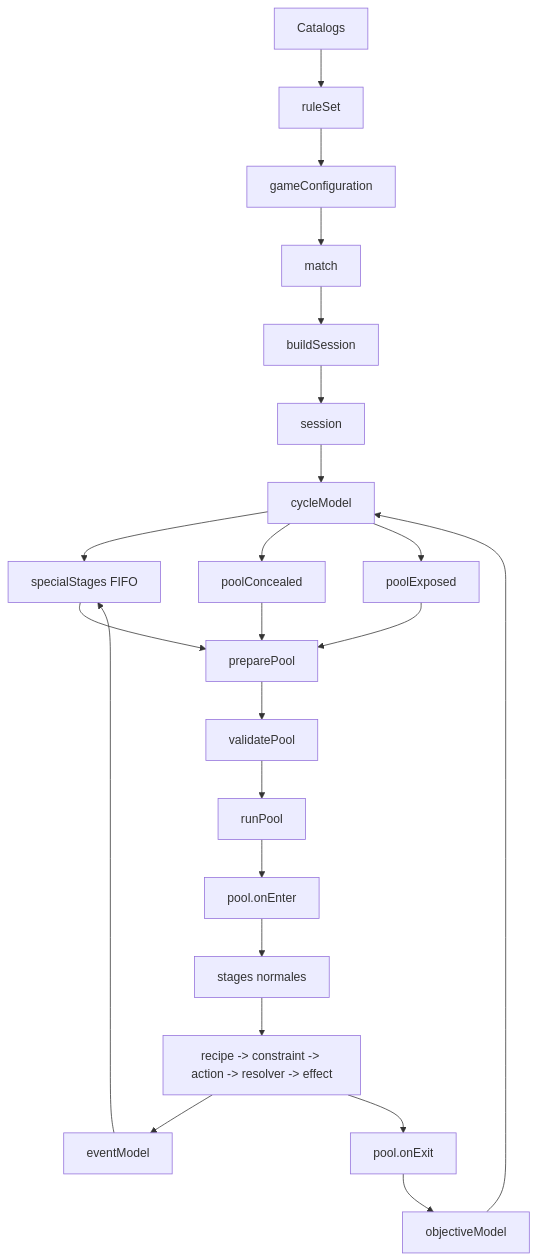
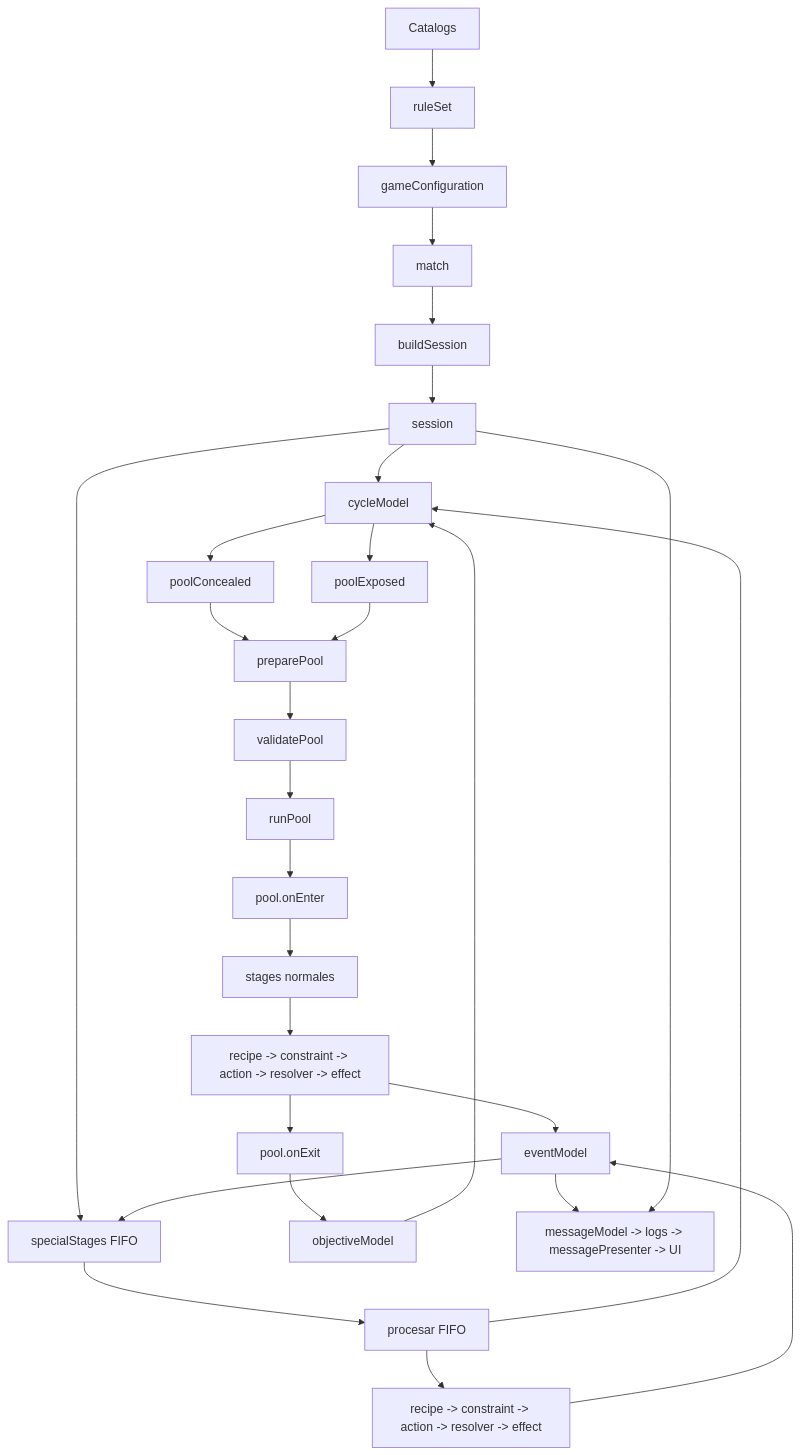
Before and after one commit to juanramonmorandeira/castronegro-director: the diagram in docs/domain_architecture.md, drawn with Mermaid. The commit also changed other lines of this file and 63 other files, not shown here.

````diff
--- a/docs/domain_architecture.md
+++ b/docs/domain_architecture.md
@@ -20,45 +20,53 @@
 ```mermaid
 flowchart TD
   CATALOGS["Catalogs"]
   RULESET["ruleSet"]
   CONFIG["gameConfiguration"]
   MATCH["match"]
   BUILD["buildSession"]
   SESSION["session"]
   CYCLE["cycleModel"]
   SPECIAL["specialStages FIFO"]
   CONCEALED["poolConcealed"]
   EXPOSED["poolExposed"]
   PREPARE["preparePool"]
   VALIDATE["validatePool"]
   RUN["runPool"]
   ENTER["pool.onEnter"]
   STAGES["stages normales"]
   EXIT["pool.onExit"]
-  PIPELINE["recipe -> constraint -> action -> resolver -> effect"]
+  SPECIAL_RUN["procesar FIFO"]
+  NORMAL_PIPELINE["recipe -> constraint -> action -> resolver -> effect"]
+  SPECIAL_PIPELINE["recipe -> constraint -> action -> resolver -> effect"]
   EVENTS["eventModel"]
   OBJECTIVES["objectiveModel"]
+  MESSAGES["messageModel -> logs -> messagePresenter -> UI"]
 
   CATALOGS --> RULESET
   RULESET --> CONFIG
   CONFIG --> MATCH
   MATCH --> BUILD
   BUILD --> SESSION
   SESSION --> CYCLE
-  CYCLE --> SPECIAL
+  SESSION --> SPECIAL
   CYCLE --> CONCEALED
   CYCLE --> EXPOSED
-  SPECIAL --> PREPARE
   CONCEALED --> PREPARE
   EXPOSED --> PREPARE
   PREPARE --> VALIDATE
   VALIDATE --> RUN
   RUN --> ENTER
   ENTER --> STAGES
-  STAGES --> PIPELINE
-  PIPELINE --> EVENTS
+  STAGES --> NORMAL_PIPELINE
+  NORMAL_PIPELINE --> EVENTS
   EVENTS --> SPECIAL
-  PIPELINE --> EXIT
+  EVENTS --> MESSAGES
+  SPECIAL --> SPECIAL_RUN
+  SPECIAL_RUN --> SPECIAL_PIPELINE
+  SPECIAL_PIPELINE --> EVENTS
+  SPECIAL_RUN --> CYCLE
+  NORMAL_PIPELINE --> EXIT
   EXIT --> OBJECTIVES
   OBJECTIVES --> CYCLE
+  SESSION --> MESSAGES
 ```
````
